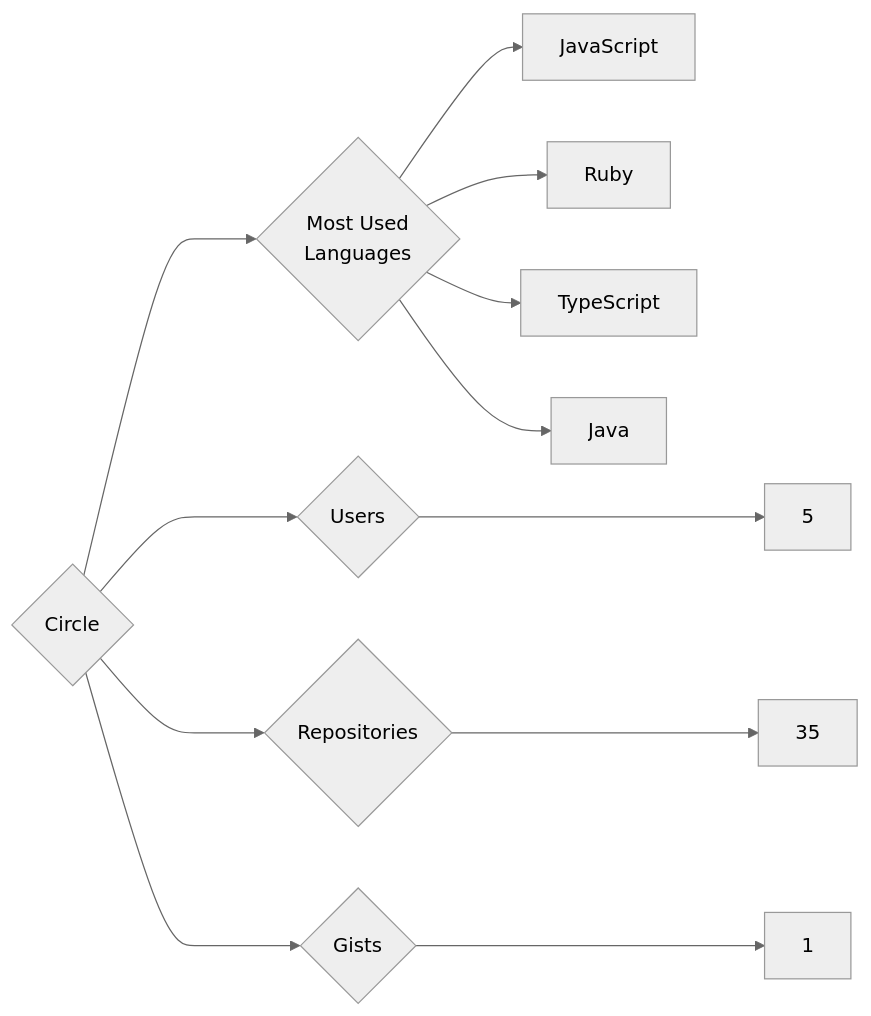
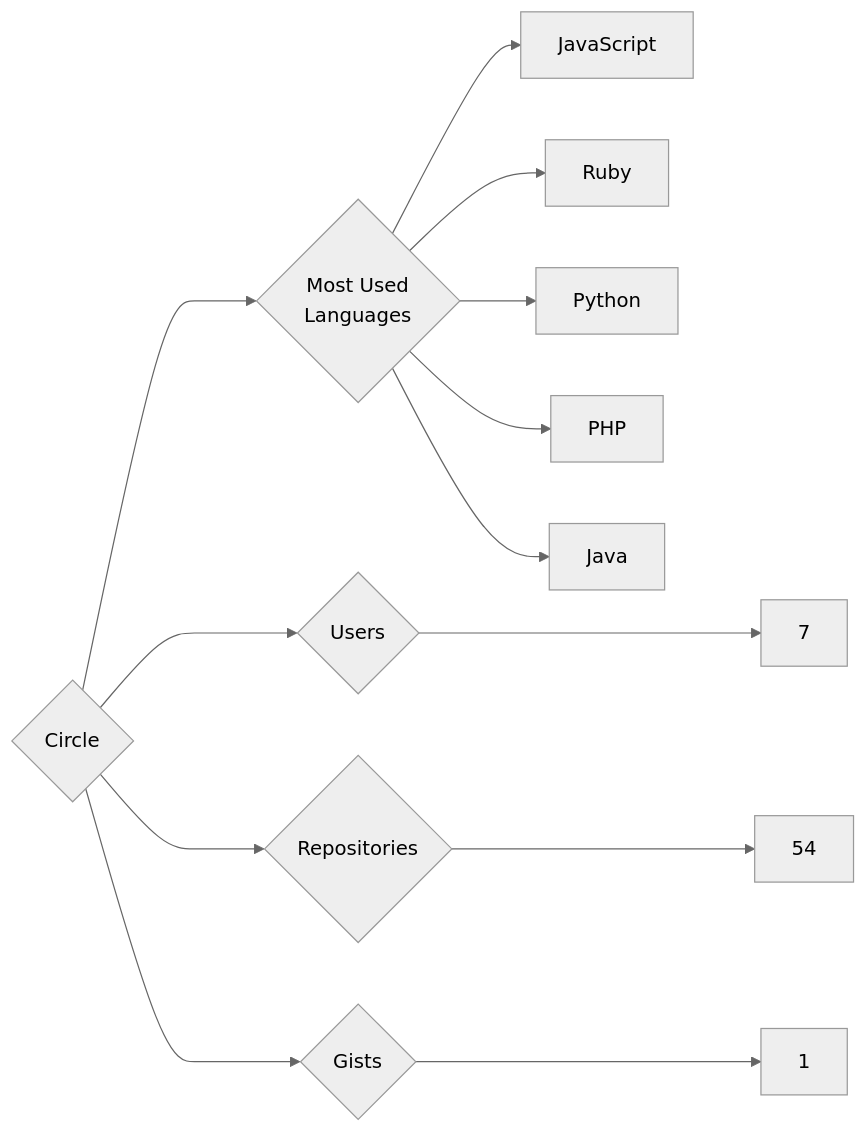
One commit to trickest/insiders changed the diagram in targets/Circle/README.md. Above: the diagram before and after it, drawn with Mermaid (neutral theme). The commit also changed 1088 other files, not shown here.

````diff
--- a/targets/Circle/README.md
+++ b/targets/Circle/README.md
@@ -3,12 +3,13 @@
 ```mermaid
 graph LR
 COMPANY_NAME{Circle}
-COMPANY_NAME ---> U{Users} ---> UN[5]
-COMPANY_NAME ---> R{Repositories} ---> RN[35]
+COMPANY_NAME ---> U{Users} ---> UN[7]
+COMPANY_NAME ---> R{Repositories} ---> RN[54]
 COMPANY_NAME ---> G{Gists} ---> GN[1]
 COMPANY_NAME ---> ML{Most Used<br>Languages}
 ML --> JavaScript[JavaScript]
 ML --> Ruby[Ruby]
-ML --> TypeScript[TypeScript]
+ML --> Python[Python]
+ML --> PHP[PHP]
 ML --> Java[Java]
 ```
````
